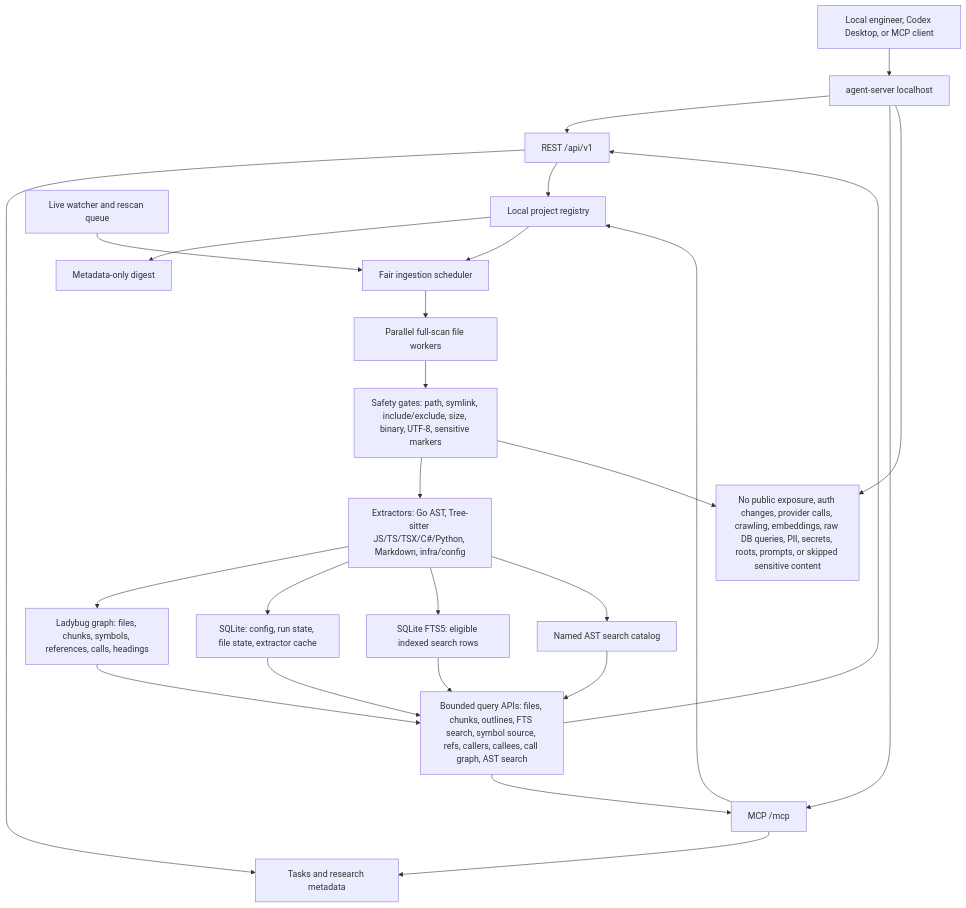
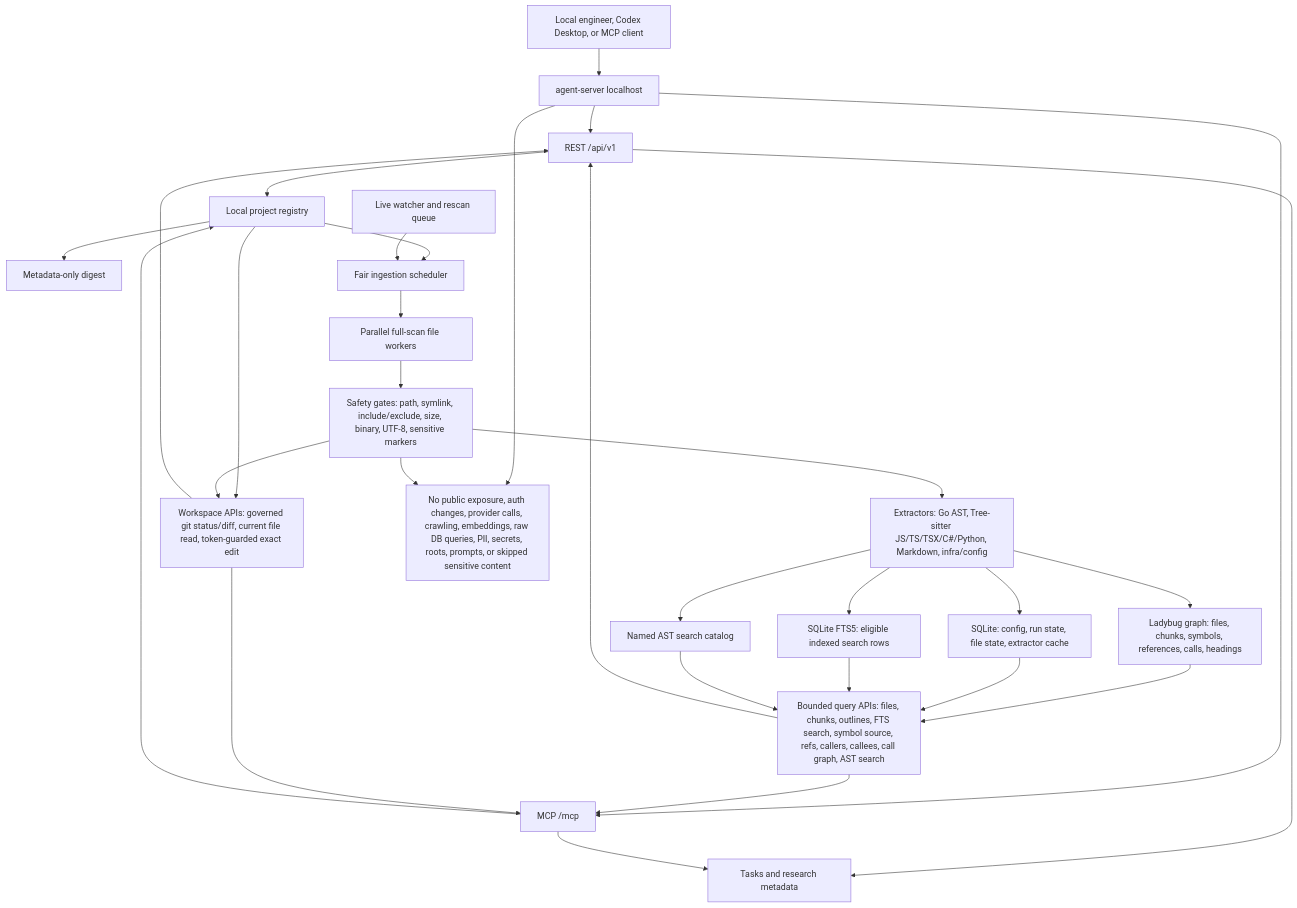
Before and after one commit to MiviaLabs/go-mivia: the first of 4 diagrams in README.md, drawn with Mermaid. The commit also changed other lines of this file and 25 other files, not shown here.

Commit message:
feat(workspace): add governed project workspace tools

````diff
--- a/README.md
+++ b/README.md
@@ -15,47 +15,52 @@
 ```mermaid
 flowchart TB
   Client["Local engineer, Codex Desktop, or MCP client"]
   Server["agent-server localhost"]
   REST["REST /api/v1"]
   MCP["MCP /mcp"]
   Tasks["Tasks and research metadata"]
   Registry["Local project registry"]
   Digest["Metadata-only digest"]
   Scheduler["Fair ingestion scheduler"]
   Live["Live watcher and rescan queue"]
   Workers["Parallel full-scan file workers"]
   Safety["Safety gates: path, symlink, include/exclude, size, binary, UTF-8, sensitive markers"]
   Extractors["Extractors: Go AST, Tree-sitter JS/TS/TSX/C#/Python, Markdown, infra/config"]
   Graph["Ladybug graph: files, chunks, symbols, references, calls, headings"]
   SQLite["SQLite: config, run state, file state, extractor cache"]
   FTS["SQLite FTS5: eligible indexed search rows"]
   AST["Named AST search catalog"]
   Queries["Bounded query APIs: files, chunks, outlines, FTS search, symbol source, refs, callers, callees, call graph, AST search"]
+  Workspace["Workspace APIs: governed git status/diff, current file read, token-guarded exact edit"]
   Boundaries["No public exposure, auth changes, provider calls, crawling, embeddings, raw DB queries, PII, secrets, roots, prompts, or skipped sensitive content"]
 
   Client --> Server
   Server --> REST
   Server --> MCP
   REST --> Tasks
   MCP --> Tasks
   REST --> Registry
   MCP --> Registry
   Registry --> Digest
   Registry --> Scheduler
   Live --> Scheduler
   Scheduler --> Workers
   Workers --> Safety
   Safety --> Extractors
   Extractors --> Graph
   Extractors --> SQLite
   Extractors --> FTS
   Extractors --> AST
   Graph --> Queries
   SQLite --> Queries
   FTS --> Queries
   AST --> Queries
+  Registry --> Workspace
+  Safety --> Workspace
   Queries --> REST
   Queries --> MCP
+  Workspace --> REST
+  Workspace --> MCP
   Server --> Boundaries
   Safety --> Boundaries
 ```
````
